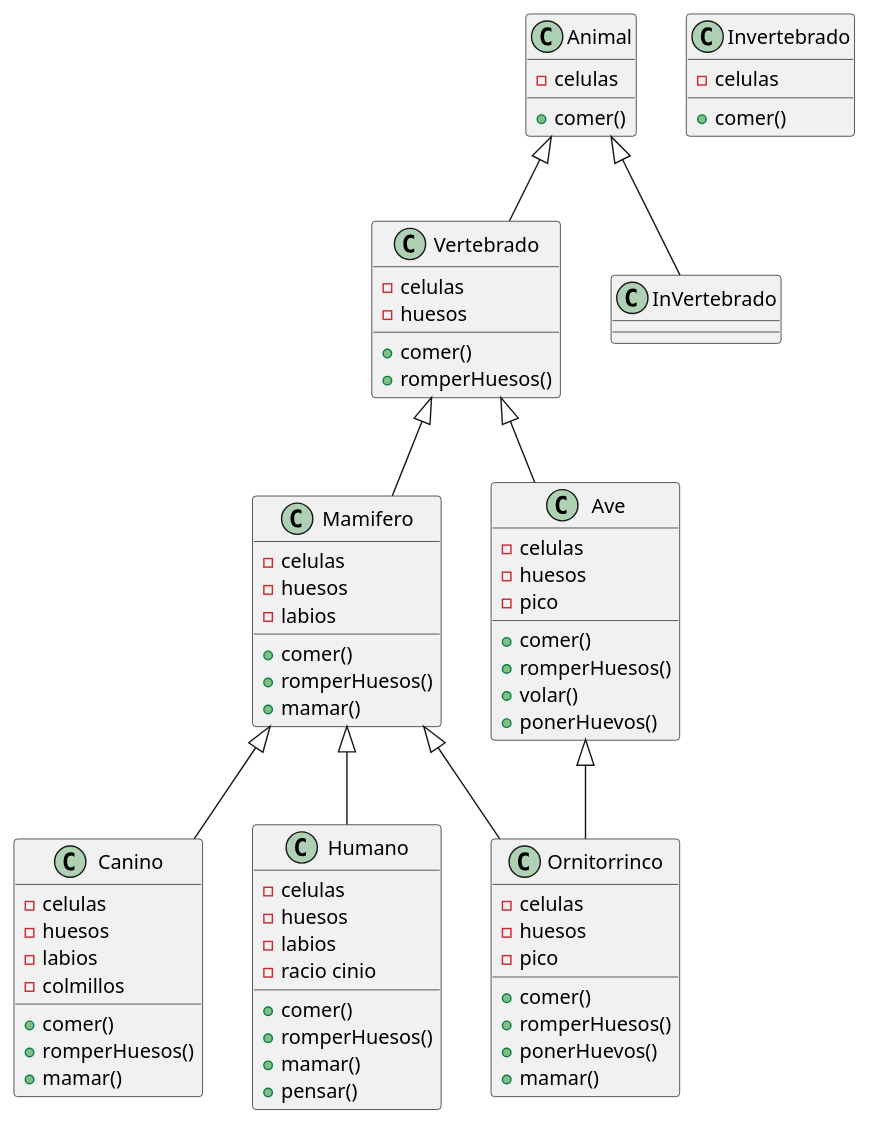
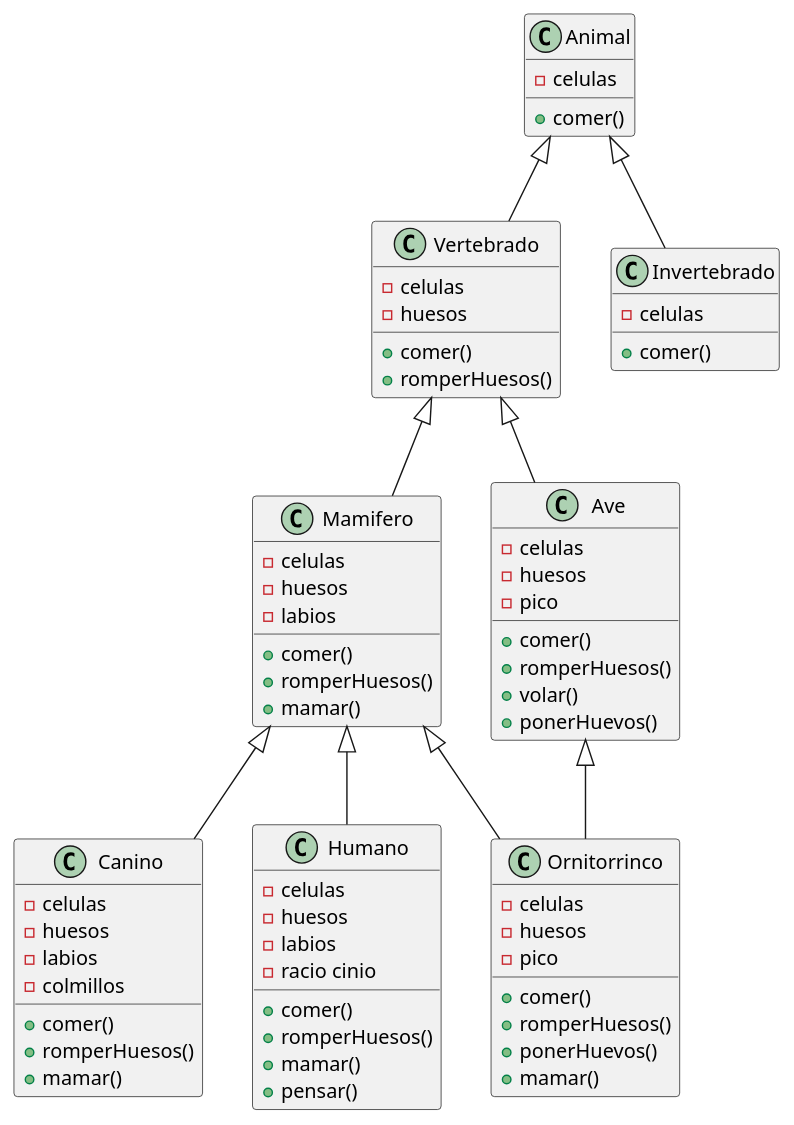
Before and after one commit to mmasias/23-24-prg2: the diagram in plantUML/jerarquiaAnimales.puml, drawn with PlantUML. The commit also changed 1 other file, not shown here.

```diff
--- a/plantUML/jerarquiaAnimales.puml
+++ b/plantUML/jerarquiaAnimales.puml
@@ -1,74 +1,74 @@
 @startuml
 
 hide stereotype
 
 class Animal{
 - celulas
 + comer()
 }
 class Vertebrado {
 - celulas
 - huesos
 + comer()
 + romperHuesos()
 }
 class Invertebrado {
 - celulas
 + comer()
 }
 
 class Mamifero {
 - celulas
 - huesos
 - labios
 + comer()
 + romperHuesos()
 + mamar()
 }
 class Ave {
 - celulas
 - huesos
 - pico
 + comer()
 + romperHuesos()
 + volar()
 + ponerHuevos()
 }
 class Canino {
 -celulas
 - huesos
 - labios
 - colmillos
 + comer()
 + romperHuesos()
 + mamar()
 }
 class Humano {
 - celulas
 - huesos
 - labios
 - racio cinio
 + comer()
 + romperHuesos()
 + mamar()
 + pensar()
 }
 class Ornitorrinco {
 -celulas
 - huesos
 -pico
 + comer()
 + romperHuesos()
 + ponerHuevos()
 + mamar()
 }
 
 Animal <|-- Vertebrado
-Animal <|-- InVertebrado
+Animal <|-- Invertebrado
 Vertebrado <|-- Mamifero
 Vertebrado <|-- Ave
 Mamifero <|-- Canino
 Mamifero <|-- Humano
 Mamifero <|-- Ornitorrinco
 Ave <|-- Ornitorrinco
 @enduml
```
